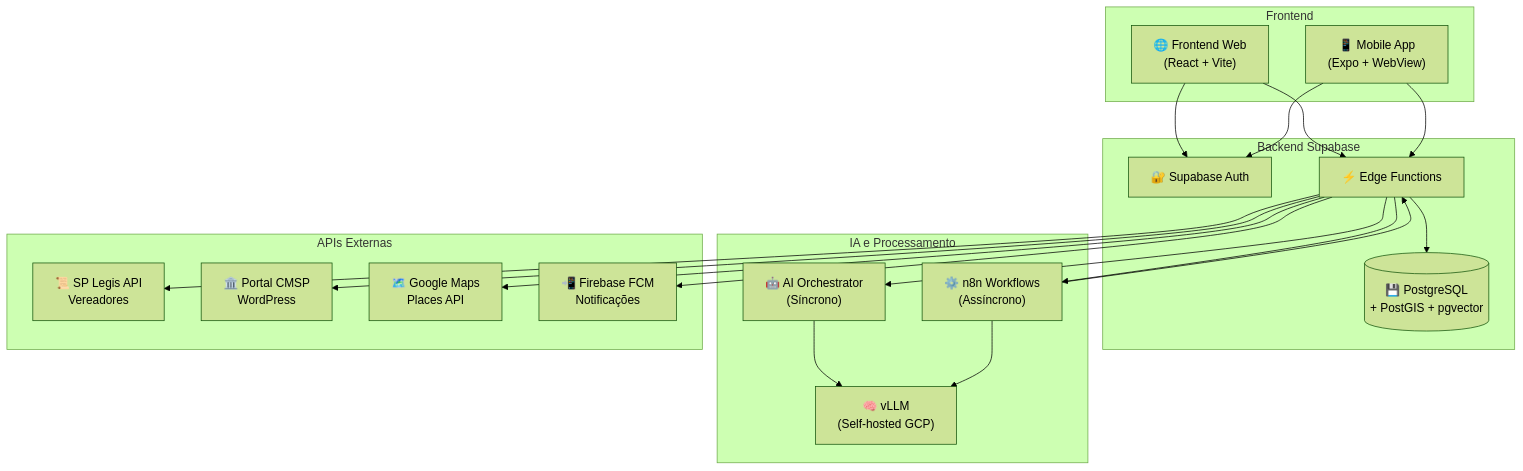
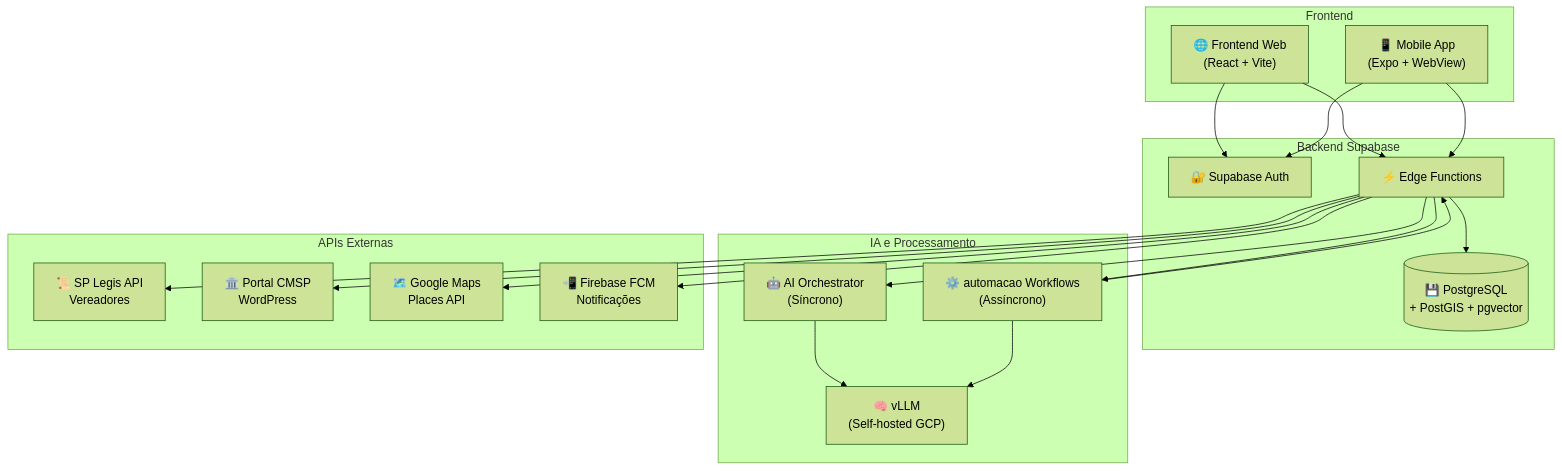
Before and after one commit to MTechnologia/camana-na-mao: the first of 17 diagrams in docs/DIAGRAMA_INTEGRACOES.md, drawn with Mermaid (forest theme). The commit also changed other lines of this file and 77 other files, not shown here.

````diff
--- a/docs/DIAGRAMA_INTEGRACOES.md
+++ b/docs/DIAGRAMA_INTEGRACOES.md
@@ -19,41 +19,41 @@
 ```mermaid
 flowchart TB
     subgraph "Frontend"
         WEB["🌐 Frontend Web<br/>(React + Vite)"]
         MOB["📱 Mobile App<br/>(Expo + WebView)"]
     end
     
     subgraph "Backend Supabase"
         AUTH["🔐 Supabase Auth"]
         DB[("💾 PostgreSQL<br/>+ PostGIS + pgvector")]
         EF["⚡ Edge Functions"]
     end
     
     subgraph "IA e Processamento"
         AIO["🤖 AI Orchestrator<br/>(Síncrono)"]
         VLLM["🧠 vLLM<br/>(Self-hosted GCP)"]
-        N8N["⚙️ n8n Workflows<br/>(Assíncrono)"]
+        automacao["⚙️ automacao Workflows<br/>(Assíncrono)"]
     end
     
     subgraph "APIs Externas"
         SPL["📜 SP Legis API<br/>Vereadores"]
         CMSP["🏛️ Portal CMSP<br/>WordPress"]
         GMAP["🗺️ Google Maps<br/>Places API"]
         FCM["📲 Firebase FCM<br/>Notificações"]
     end
     
     WEB --> AUTH
     MOB --> AUTH
     WEB --> EF
     MOB --> EF
     EF --> AIO
     AIO --> VLLM
-    EF --> N8N
-    N8N --> VLLM
+    EF --> automacao
+    automacao --> VLLM
     EF --> SPL
     EF --> CMSP
     EF --> GMAP
     EF --> FCM
     EF --> DB
-    N8N --> EF
+    automacao --> EF
 ```
````
